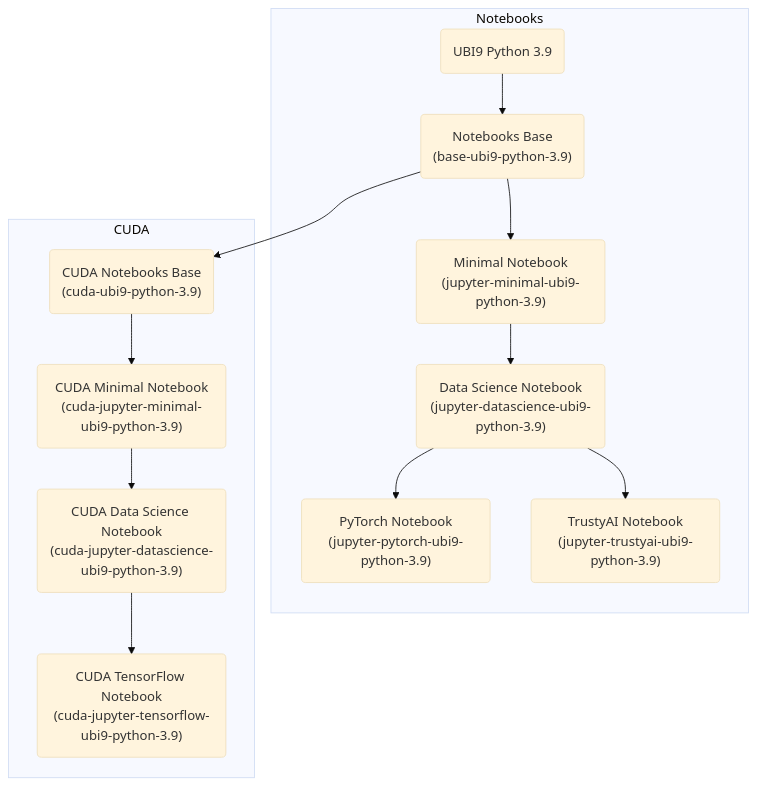
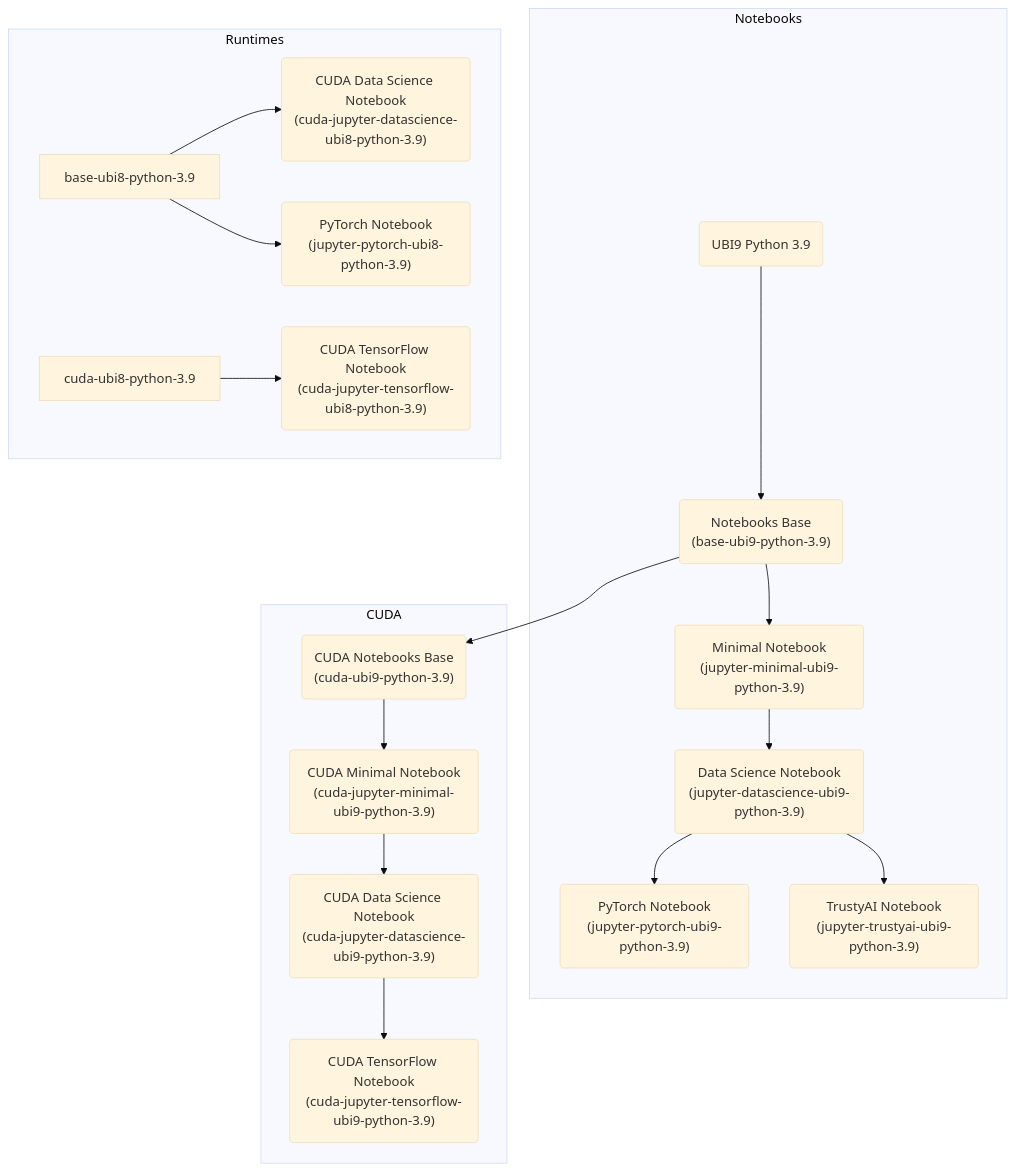
Before and after one commit to opendatahub-io/notebooks: the second of 2 diagrams in README.md, drawn with Mermaid (base theme). The commit also changed other lines of this file and 19 other files, not shown here.

````diff
--- a/README.md
+++ b/README.md
@@ -45,34 +57,46 @@
 ```mermaid
 graph TB
     subgraph Notebooks
         %% Nodes
         ubi9-python-3.9(UBI9 Python 3.9);
         base-ubi9-python-3.9("Notebooks Base<br/>(base-ubi9-python-3.9)");
         jupyter-minimal-ubi9-python-3.9("Minimal Notebook<br/>(jupyter-minimal-ubi9-python-3.9)");
         jupyter-datascience-ubi9-python-3.9("Data Science Notebook<br/>(jupyter-datascience-ubi9-python-3.9)");
         jupyter-pytorch-ubi9-python-3.9("PyTorch Notebook<br/>(jupyter-pytorch-ubi9-python-3.9)");
         jupyter-trustyai-ubi9-python-3.9("TrustyAI Notebook<br/>(jupyter-trustyai-ubi9-python-3.9)");
 
         %% Edges
         ubi9-python-3.9 --> base-ubi9-python-3.9;
         base-ubi9-python-3.9 --> jupyter-minimal-ubi9-python-3.9;
         jupyter-minimal-ubi9-python-3.9 --> jupyter-datascience-ubi9-python-3.9;
         jupyter-datascience-ubi9-python-3.9 --> jupyter-pytorch-ubi9-python-3.9;
         jupyter-datascience-ubi9-python-3.9 --> jupyter-trustyai-ubi9-python-3.9;
     end
 
     subgraph CUDA
         %% Nodes
         cuda-ubi9-python-3.9("CUDA Notebooks Base<br/>(cuda-ubi9-python-3.9)");
         cuda-jupyter-minimal-ubi9-python-3.9("CUDA Minimal Notebook<br/>(cuda-jupyter-minimal-ubi9-python-3.9)");
         cuda-jupyter-datascience-ubi9-python-3.9("CUDA Data Science Notebook<br/>(cuda-jupyter-datascience-ubi9-python-3.9)");
         cuda-jupyter-tensorflow-ubi9-python-3.9("CUDA TensorFlow Notebook<br/>(cuda-jupyter-tensorflow-ubi9-python-3.9)");
 
         %% Edges
         base-ubi9-python-3.9 --> cuda-ubi9-python-3.9;
         cuda-ubi9-python-3.9 --> cuda-jupyter-minimal-ubi9-python-3.9;
         cuda-jupyter-minimal-ubi9-python-3.9 --> cuda-jupyter-datascience-ubi9-python-3.9;
         cuda-jupyter-datascience-ubi9-python-3.9 --> cuda-jupyter-tensorflow-ubi9-python-3.9;
     end
 
+    subgraph Runtimes
+        %% Nodes
+        runtimes-datascience-ubi8-python-3.9("CUDA Data Science Notebook<br/>(cuda-jupyter-datascience-ubi8-python-3.9)");
+        runtimes-pytorch-ubi8-python-3.9("PyTorch Notebook<br/>(jupyter-pytorch-ubi8-python-3.9)");
+        cuda-runtimes-tensorflow-ubi8-python-3.9("CUDA TensorFlow Notebook<br/>(cuda-jupyter-tensorflow-ubi8-python-3.9)");
+
+        %% Edges
+        base-ubi8-python-3.9 --> runtimes-datascience-ubi8-python-3.9;
+        base-ubi8-python-3.9 --> runtimes-pytorch-ubi8-python-3.9;
+        cuda-ubi8-python-3.9 --> cuda-runtimes-tensorflow-ubi8-python-3.9;
+    end
+
 ```
````
